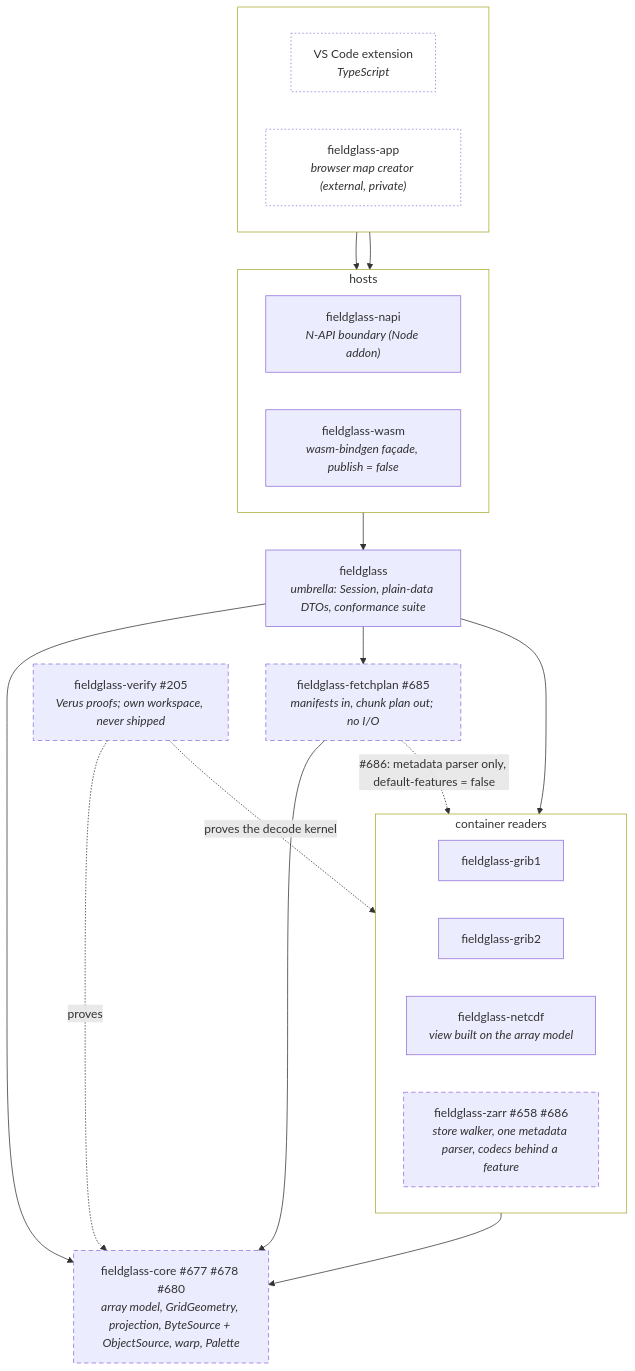
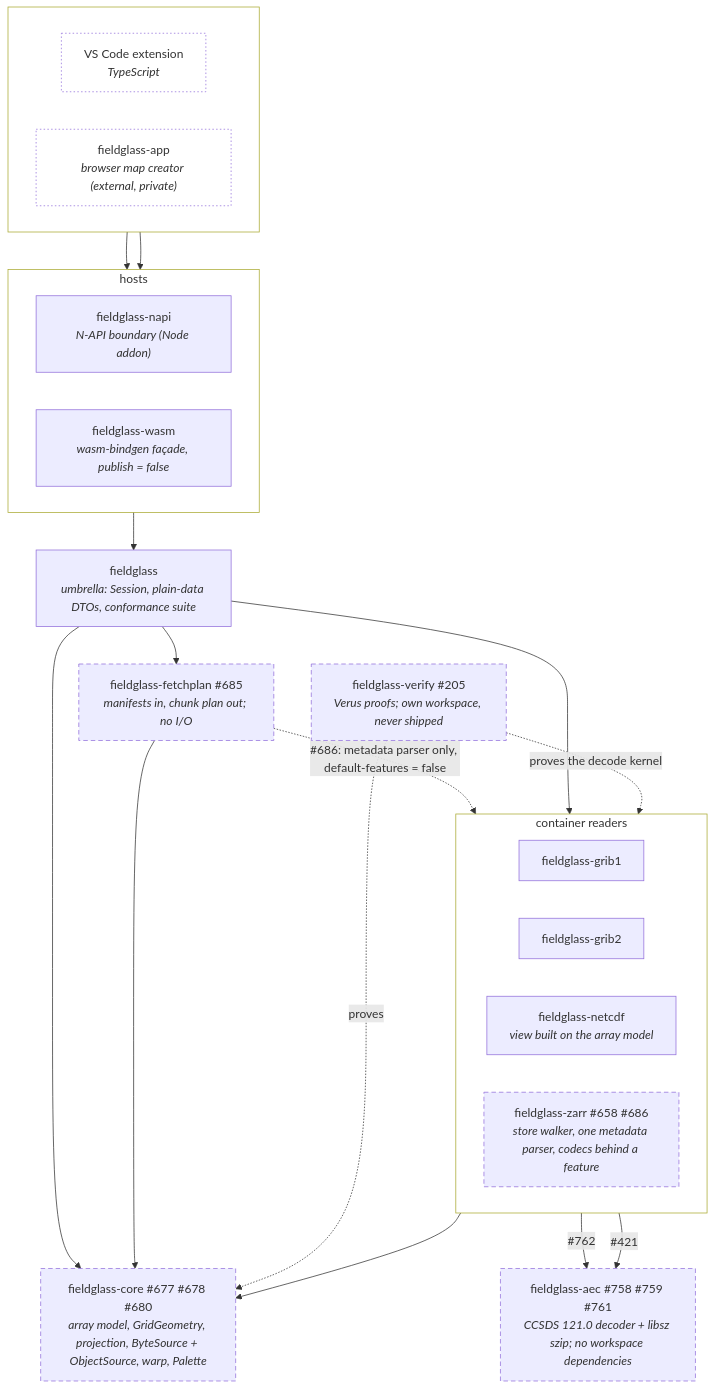
The diagram in docs/architecture/planned/01-crates.md (D0ubleD0uble/fieldglass), drawn with Mermaid before and after one commit. The commit also changed other lines of this file and 4 other files, not shown here.

First line of the commit message:
docs: ADR-0012, own the CCSDS 121.0 AEC decoder in fieldglass-aec

````diff
--- a/docs/architecture/planned/01-crates.md
+++ b/docs/architecture/planned/01-crates.md
@@ -16,43 +16,46 @@
 ```mermaid
 flowchart TB
     subgraph consumers[" "]
         direction LR
         ext["VS Code extension<br/><i>TypeScript</i>"]
         app["fieldglass-app<br/><i>browser map creator (external, private)</i>"]
     end
     subgraph hosts["hosts"]
         direction LR
         napi["fieldglass-napi<br/><i>N-API boundary (Node addon)</i>"]
         wasm["fieldglass-wasm<br/><i>wasm-bindgen façade, publish = false</i>"]
     end
     api["fieldglass<br/><i>umbrella: Session, plain-data DTOs, conformance suite</i>"]
     subgraph containers["container readers"]
         direction LR
         grib1["fieldglass-grib1"]
         grib2["fieldglass-grib2"]
         netcdf["fieldglass-netcdf<br/><i>view built on the array model</i>"]
         zarr["fieldglass-zarr #658 #686<br/><i>store walker, one metadata parser, codecs behind a feature</i>"]
     end
     fetchplan["fieldglass-fetchplan #685<br/><i>manifests in, chunk plan out; no I/O</i>"]
+    aec["fieldglass-aec #758 #759 #761<br/><i>CCSDS 121.0 decoder + libsz szip; no workspace dependencies</i>"]
     core["fieldglass-core #677 #678 #680<br/><i>array model, GridGeometry, projection, ByteSource + ObjectSource, warp, Palette</i>"]
     verify["fieldglass-verify #205<br/><i>Verus proofs; own workspace, never shipped</i>"]
 
     ext --> napi
     app --> wasm
     hosts --> api
     api --> containers
     api --> core
     api --> fetchplan
     fetchplan --> core
     fetchplan -. "#686: metadata parser only, default-features = false" .-> zarr
     containers --> core
+    grib2 -- "#762" --> aec
+    netcdf -- "#421" --> aec
     verify -. proves the decode kernel .-> containers
     verify -. proves .-> core
 
     classDef planned stroke-dasharray: 6 4
     classDef external fill:none,stroke-dasharray: 2 3
     classDef group fill:none
-    class zarr,fetchplan,core,verify planned
+    class zarr,fetchplan,core,verify,aec planned
     class app,ext external
     class consumers,hosts,containers group
 ```
````
